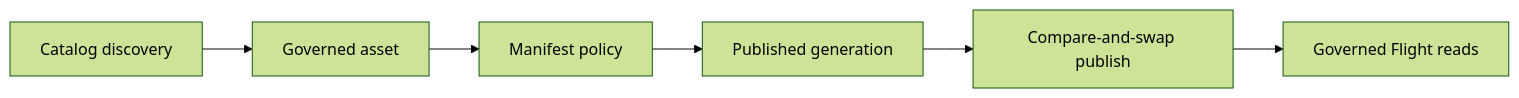
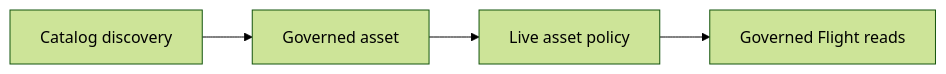
One commit to snithish/dal-obscura changed the second of 2 diagrams in docs/README.md. Above: the diagram before and after it, drawn with Mermaid (forest theme). The commit also changed other lines of this file and 174 other files, not shown here.

````diff
--- a/docs/README.md
+++ b/docs/README.md
@@ -92,8 +95,6 @@
 ```mermaid
 flowchart LR
     catalog["Catalog discovery"] --> asset["Governed asset"]
-    asset --> policy["Manifest policy"]
-    policy --> version["Published generation"]
-    version --> publish["Compare-and-swap publish"]
-    publish --> read["Governed Flight reads"]
+    asset --> policy["Live asset policy"]
+    policy --> read["Governed Flight reads"]
 ```
````
